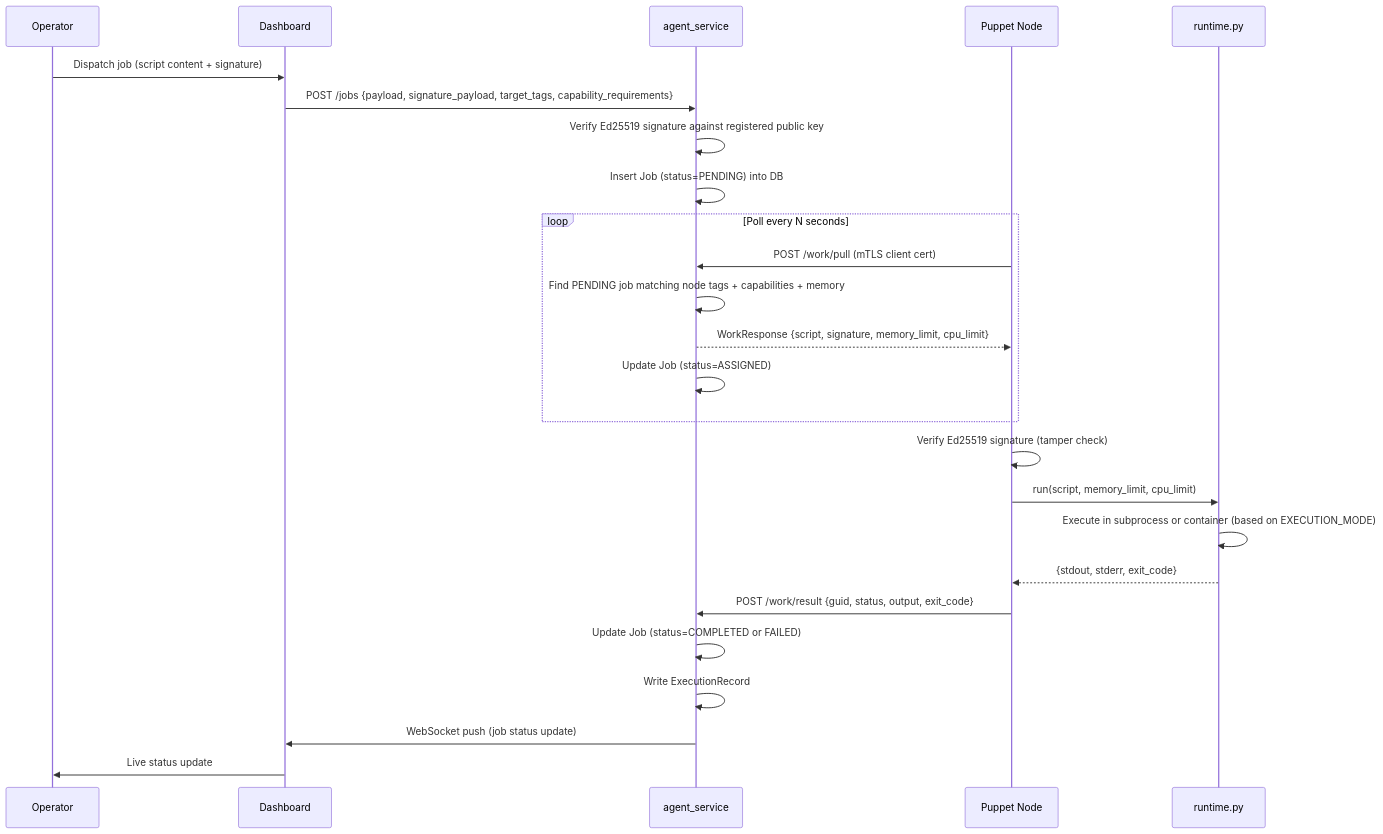
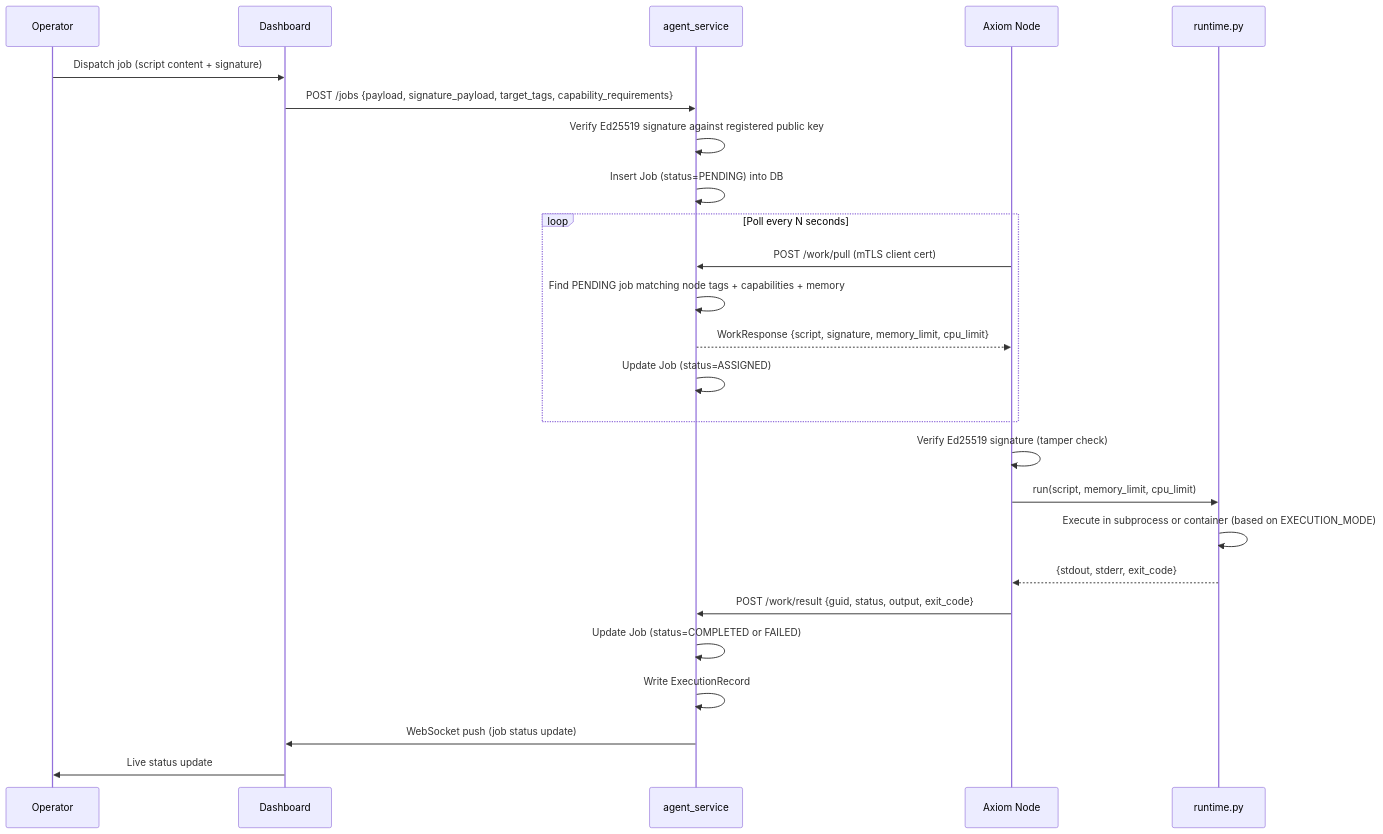
The fifth of 7 diagrams in docs/docs/developer/architecture.md (axiom-laboratories/axiom), drawn with Mermaid before and after one commit. The commit also changed other lines of this file and 5 other files, not shown here.

````diff
--- a/docs/docs/developer/architecture.md
+++ b/docs/docs/developer/architecture.md
@@ -408,28 +408,28 @@
 ```mermaid
 sequenceDiagram
     participant OP as Operator
     participant D as Dashboard
     participant A as agent_service
-    participant N as Puppet Node
+    participant N as Axiom Node
     participant R as runtime.py
 
     OP->>D: Dispatch job (script content + signature)
     D->>A: POST /jobs {payload, signature_payload, target_tags, capability_requirements}
     A->>A: Verify Ed25519 signature against registered public key
     A->>A: Insert Job (status=PENDING) into DB
     loop Poll every N seconds
         N->>A: POST /work/pull (mTLS client cert)
         A->>A: Find PENDING job matching node tags + capabilities + memory
         A-->>N: WorkResponse {script, signature, memory_limit, cpu_limit}
         A->>A: Update Job (status=ASSIGNED)
     end
     N->>N: Verify Ed25519 signature (tamper check)
     N->>R: run(script, memory_limit, cpu_limit)
     R->>R: Execute in subprocess or container (based on EXECUTION_MODE)
     R-->>N: {stdout, stderr, exit_code}
     N->>A: POST /work/result {guid, status, output, exit_code}
     A->>A: Update Job (status=COMPLETED or FAILED)
     A->>A: Write ExecutionRecord
     A->>D: WebSocket push (job status update)
     D->>OP: Live status update
 ```
````
